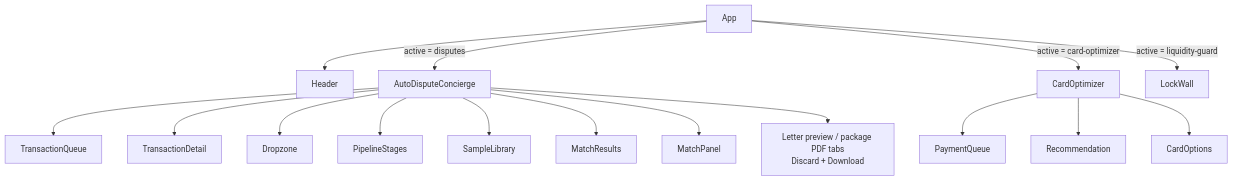
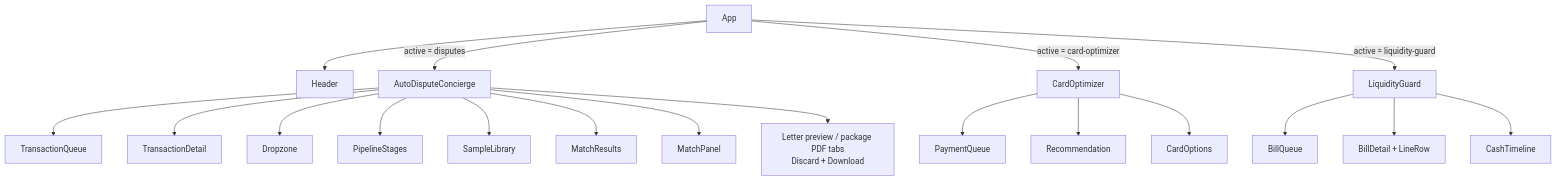
Before and after one commit to rajatrao/payment_intelligence: the third of 9 diagrams in docs/ARCHITECTURE.md, drawn with Mermaid. The commit also changed other lines of this file and 15 other files, not shown here.

First line of the commit message:
Add Liquidity Guard: classify bill lines with the nimble decision API and forecast the cash low point

````diff
--- a/docs/ARCHITECTURE.md
+++ b/docs/ARCHITECTURE.md
@@ -158,18 +166,21 @@
 ```mermaid
 flowchart TB
     App --> Header
     App -->|"active = disputes"| ADC["AutoDisputeConcierge"]
     App -->|"active = card-optimizer"| CO["CardOptimizer"]
-    App -->|"active = liquidity-guard"| LockWall
+    App -->|"active = liquidity-guard"| LG["LiquidityGuard"]
+    LG --> BQ["BillQueue"]
+    LG --> BD["BillDetail + LineRow"]
+    LG --> CT["CashTimeline"]
     CO --> PQ["PaymentQueue"]
     CO --> Rec["Recommendation"]
     CO --> Opts["CardOptions"]
     ADC --> Queue["TransactionQueue"]
     ADC --> Detail["TransactionDetail"]
     ADC --> Dropzone
     ADC --> PipelineStages
     ADC --> SampleLibrary
     ADC --> MatchResults
     ADC --> MatchPanel
     ADC --> Preview["Letter preview / package PDF tabs<br/>Discard + Download"]
 ```
````
